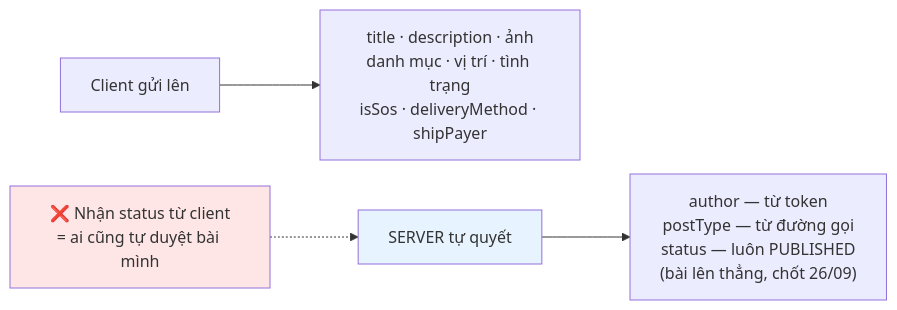
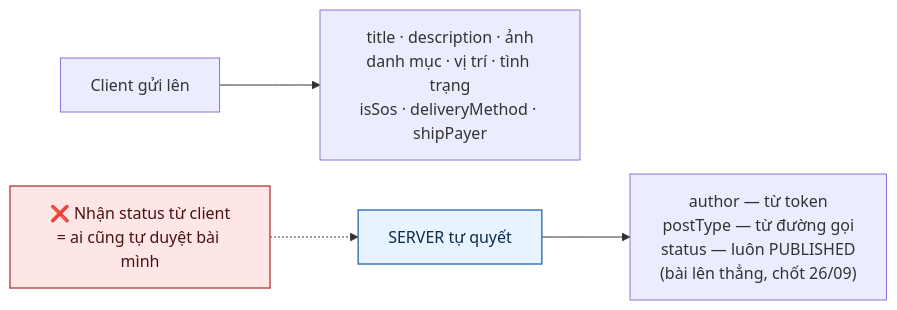
Before and after one commit to fdshn/trueheart: the fifth of 5 diagrams in docs/diagram/25-location-privacy.md, drawn with Mermaid. The commit also changed other lines of this file and 30 other files, not shown here.

First line of the commit message:
docs(diagram): chữ trong khối tô màu đọc được ở cả giao diện sáng và tối

````diff
--- a/docs/diagram/25-location-privacy.md
+++ b/docs/diagram/25-location-privacy.md
@@ -94,10 +94,10 @@
 ```mermaid
 flowchart LR
     A["Client gửi lên"] --> B["title · description · ảnh<br/>danh mục · vị trí · tình trạng<br/>isSos · deliveryMethod · shipPayer"]
     C["SERVER tự quyết"] --> D["author — từ token<br/>postType — từ đường gọi<br/>status — luôn PUBLISHED<br/>(bài lên thẳng, chốt 26/09)"]
 
     E["❌ Nhận status từ client<br/>= ai cũng tự duyệt bài mình"] -.-> C
 
-    style C fill:#e7f3ff
-    style E fill:#ffe6e6
+    style C fill:#e7f3ff,stroke:#3d7ab8,stroke-width:1.5px,color:#0d2a4a
+    style E fill:#ffe6e6,stroke:#c0504d,stroke-width:1.5px,color:#4a1210
 ```
````
